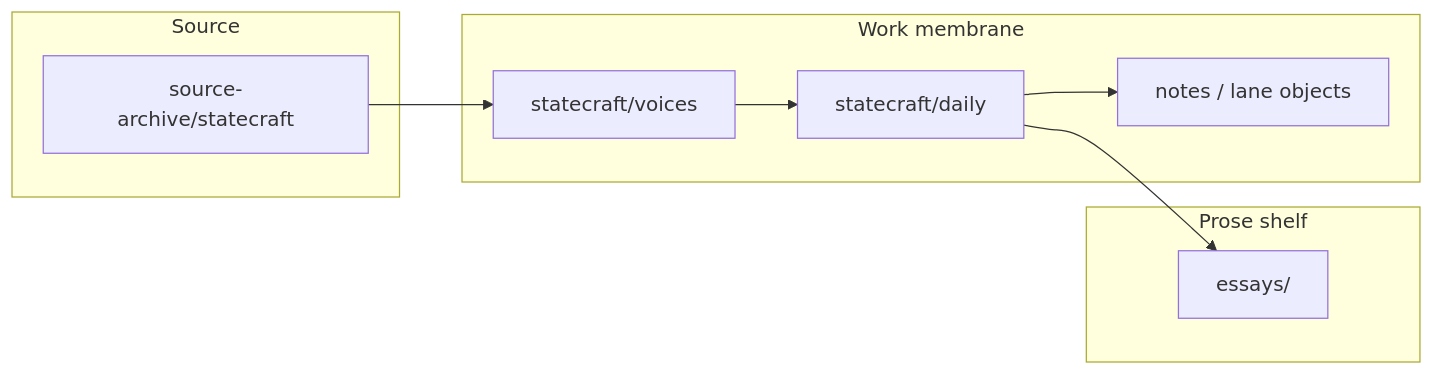
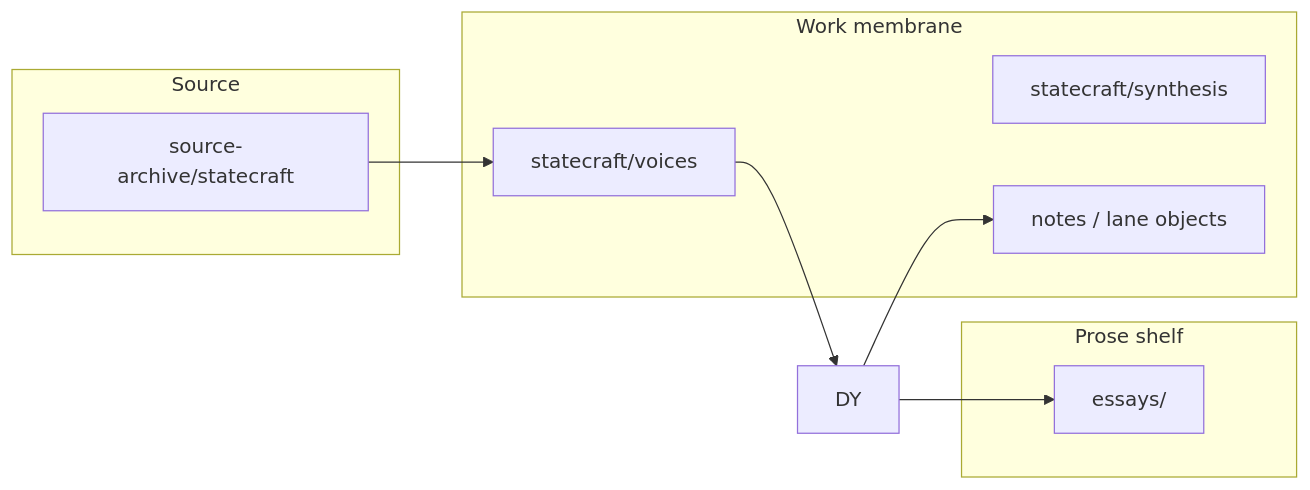
One commit to rbtkhn/strategy-codex changed the diagram in docs/architecture.md. Above: the diagram before and after it, drawn with Mermaid. The commit also changed 433 other files, not shown here.

First line of the commit message:
Rename statecraft/daily to synthesis-pure layout with notes subfolders.

````diff
--- a/docs/architecture.md
+++ b/docs/architecture.md
@@ -32,16 +32,16 @@
 ```mermaid
 flowchart LR
   subgraph source [Source]
     SA[source-archive/statecraft]
   end
   subgraph work [Work membrane]
     VI[statecraft/voices]
-    DY[statecraft/daily]
+    SY[statecraft/synthesis]
     NT[notes / lane objects]
   end
   subgraph prose [Prose shelf]
     ES[essays/]
   end
   SA --> VI --> DY --> NT
   DY --> ES
 ```
````
